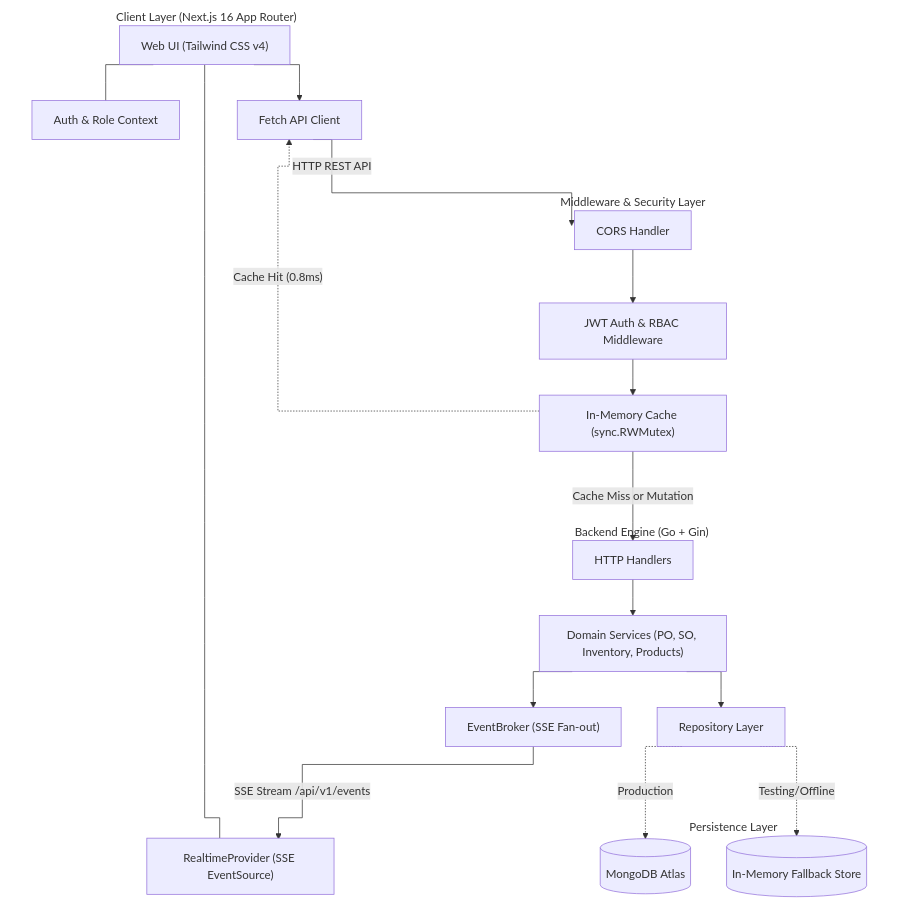
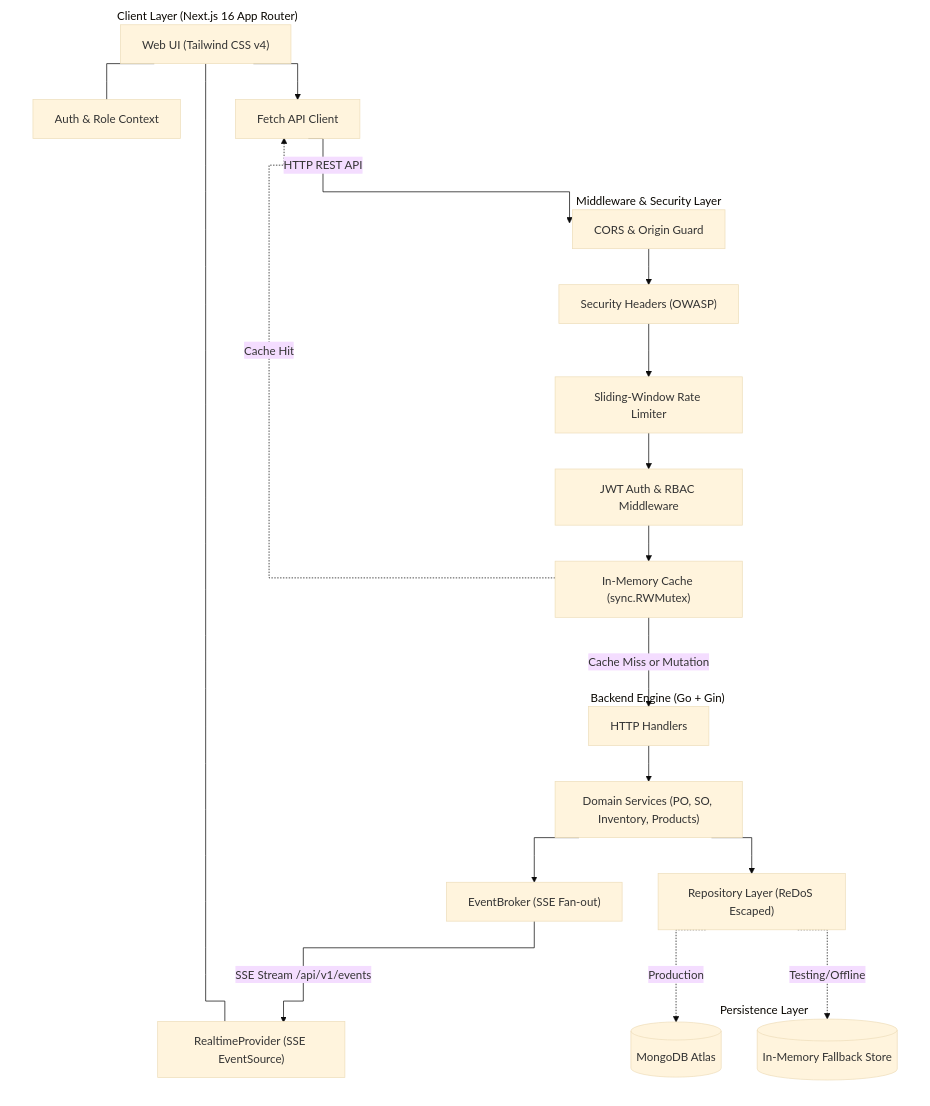
The first of 3 diagrams in README.md (RPriago/stockFlow), drawn with Mermaid before and after one commit. The commit also changed other lines of this file, not shown here.

Commit message:
docs: update README with live production telemetry, OWASP security details, and clean diagram styling

````diff
--- a/README.md
+++ b/README.md
@@ -48,48 +54,52 @@
 ```mermaid
-%%{init: {"flowchart": {"curve": "stepAfter"}}}%%
+%%{init: {"theme": "base", "themeVariables": {"clusterBkg": "transparent", "clusterBorder": "none"}, "flowchart": {"curve": "stepAfter"}}}%%
 flowchart TD
     subgraph ClientLayer ["Client Layer (Next.js 16 App Router)"]
         UI["Web UI (Tailwind CSS v4)"]
         RTContext["RealtimeProvider (SSE EventSource)"]
         AuthContext["Auth & Role Context"]
         ApiClient["Fetch API Client"]
         UI --- RTContext
         UI --- AuthContext
         UI --> ApiClient
     end
 
     subgraph GatewayLayer ["Middleware & Security Layer"]
-        CORS["CORS Handler"]
+        CORS["CORS & Origin Guard"]
+        SecHeaders["Security Headers (OWASP)"]
+        RateLimit["Sliding-Window Rate Limiter"]
         AuthGuard["JWT Auth & RBAC Middleware"]
         CacheMW["In-Memory Cache (sync.RWMutex)"]
-        CORS --> AuthGuard
+        CORS --> SecHeaders
+        SecHeaders --> RateLimit
+        RateLimit --> AuthGuard
         AuthGuard --> CacheMW
     end
 
     subgraph BackendCore ["Backend Engine (Go + Gin)"]
         Handlers["HTTP Handlers"]
         Broker["EventBroker (SSE Fan-out)"]
         Services["Domain Services (PO, SO, Inventory, Products)"]
-        Repos["Repository Layer"]
+        Repos["Repository Layer (ReDoS Escaped)"]
         Handlers --> Services
         Services --> Repos
         Services --> Broker
     end
 
     subgraph StorageLayer ["Persistence Layer"]
         MongoDB[("MongoDB Atlas")]
         MemStore[("In-Memory Fallback Store")]
         Repos -. Production .-> MongoDB
         Repos -. Testing/Offline .-> MemStore
     end
 
     ApiClient -->|"HTTP REST API"| CORS
     Broker -->|"SSE Stream /api/v1/events"| RTContext
     CacheMW -->|"Cache Miss or Mutation"| Handlers
-    CacheMW -.->|"Cache Hit (0.8ms)"| ApiClient
+    CacheMW -.->|"Cache Hit"| ApiClient
 
     style ClientLayer fill:none,stroke:none
     style GatewayLayer fill:none,stroke:none
     style BackendCore fill:none,stroke:none
     style StorageLayer fill:none,stroke:none
 ```
````
